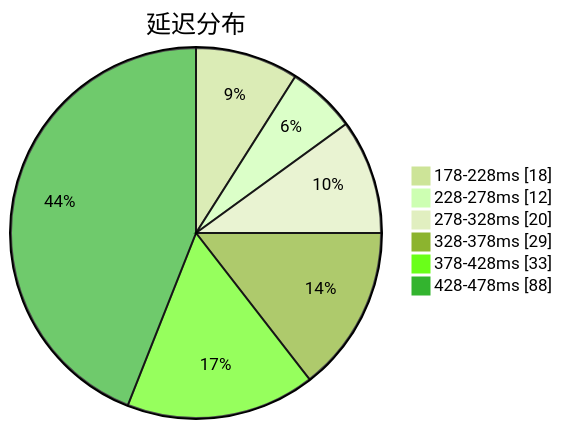
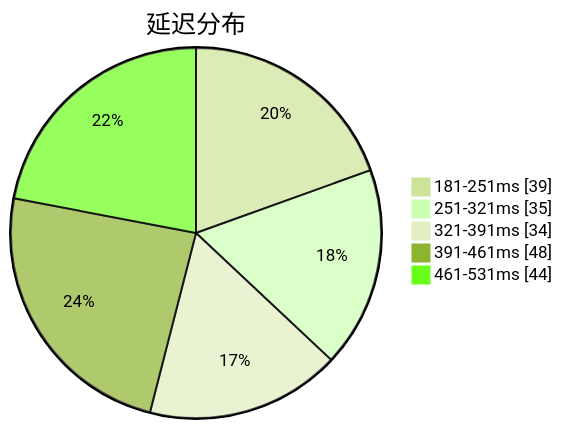
One commit to qjlxg/airport changed the first of 3 diagrams in subs/statistics/tested_within.md. Above: the diagram before and after it, drawn with Mermaid (forest theme). The commit also changed other lines of this file and 2 other files, not shown here.

````diff
--- a/subs/statistics/tested_within.md
+++ b/subs/statistics/tested_within.md
@@ -2,10 +2,9 @@
 ```mermaid
 pie showData
 title 延迟分布
-"178-228ms" : 18
-"228-278ms" : 12
-"278-328ms" : 20
-"328-378ms" : 29
-"378-428ms" : 33
-"428-478ms" : 88
+"181-251ms" : 39
+"251-321ms" : 35
+"321-391ms" : 34
+"391-461ms" : 48
+"461-531ms" : 44
 ```
````
